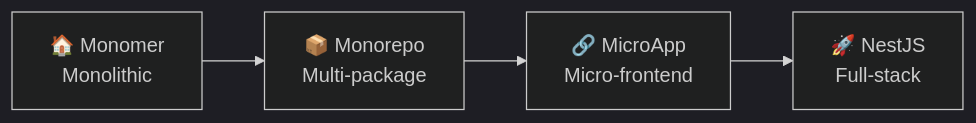
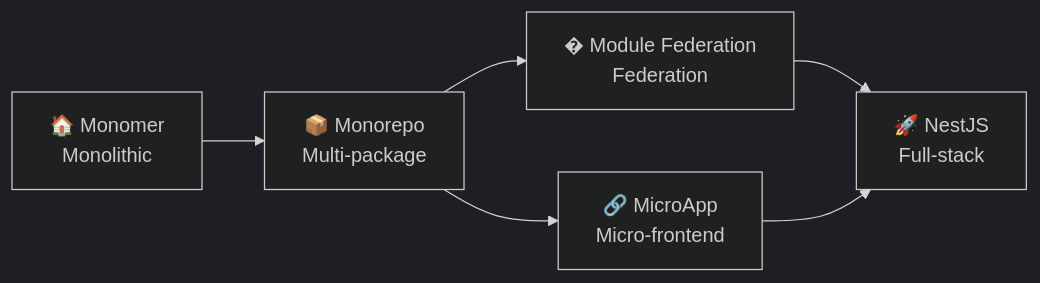
One commit to ChenyCHENYU/Robot_Admin changed the first of 2 diagrams in README_EN.md. Above: the diagram before and after it, drawn with Mermaid (dark theme). The commit also changed other lines of this file and 1 other file, not shown here.

First line of the commit message:
docs: update README for Module Federation and MicroApp features

````diff
--- a/README_EN.md
+++ b/README_EN.md
@@ -378,6 +385,8 @@
 ```mermaid
 graph LR
     A[🏠 Monomer<br/>Monolithic] --> B[📦 Monorepo<br/>Multi-package]
-    B --> C[🔗 MicroApp<br/>Micro-frontend]
-    C --> D[🚀 NestJS<br/>Full-stack]
+    B --> C[� Module Federation<br/>Federation]
+    B --> D[🔗 MicroApp<br/>Micro-frontend]
+    C --> E[🚀 NestJS<br/>Full-stack]
+    D --> E
 ```
````
